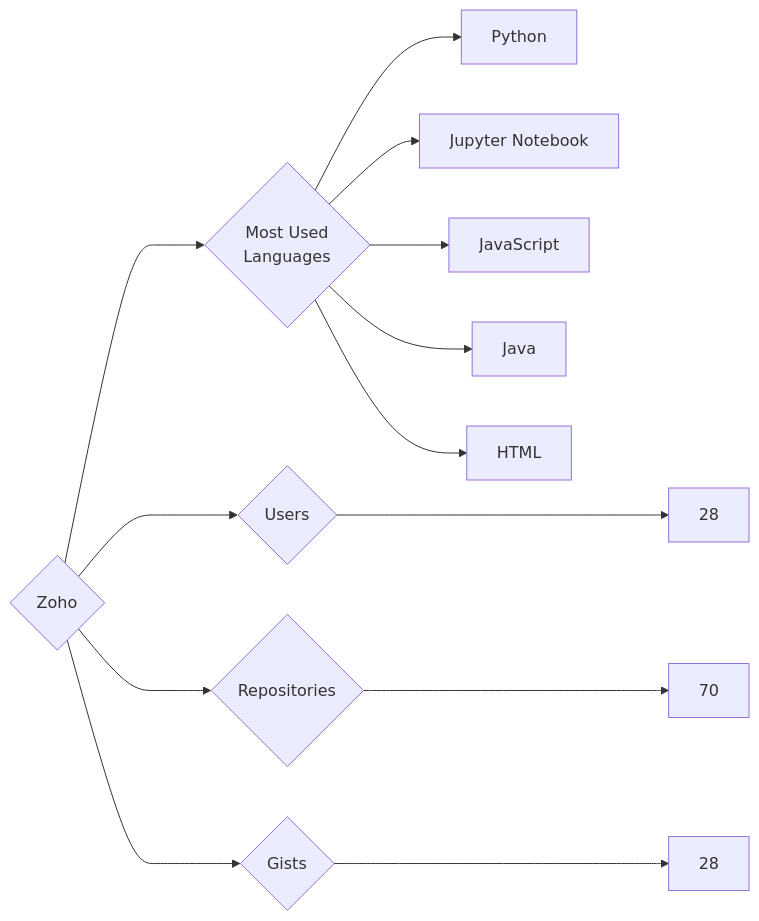
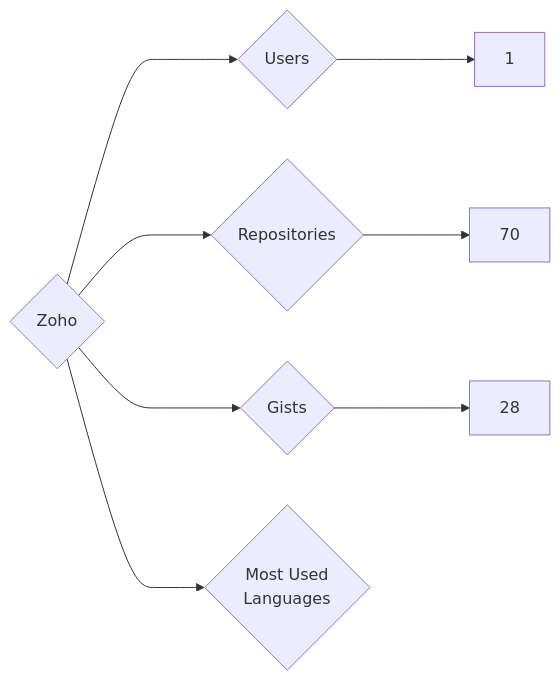
The diagram in targets/Zoho/README.md (trickest/insiders), drawn with Mermaid before and after one commit. The commit also changed 939 other files, not shown here.

````diff
--- a/targets/Zoho/README.md
+++ b/targets/Zoho/README.md
@@ -3,13 +3,8 @@
 ```mermaid
 graph LR
 COMPANY_NAME{Zoho}
-COMPANY_NAME ---> U{Users} ---> UN[28]
+COMPANY_NAME ---> U{Users} ---> UN[1]
 COMPANY_NAME ---> R{Repositories} ---> RN[70]
 COMPANY_NAME ---> G{Gists} ---> GN[28]
 COMPANY_NAME ---> ML{Most Used<br>Languages}
-ML --> Python[Python]
-ML --> Jupyter_Notebook[Jupyter Notebook]
-ML --> JavaScript[JavaScript]
-ML --> Java[Java]
-ML --> HTML[HTML]
 ```
````
